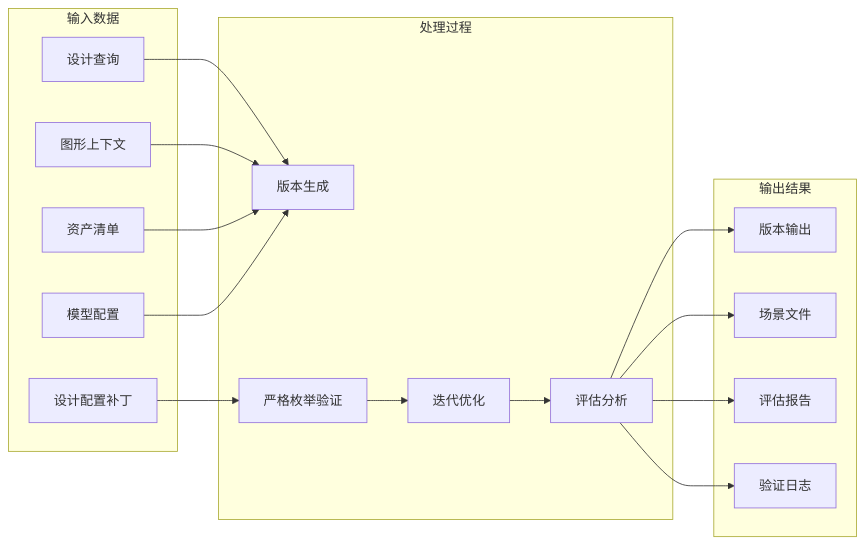
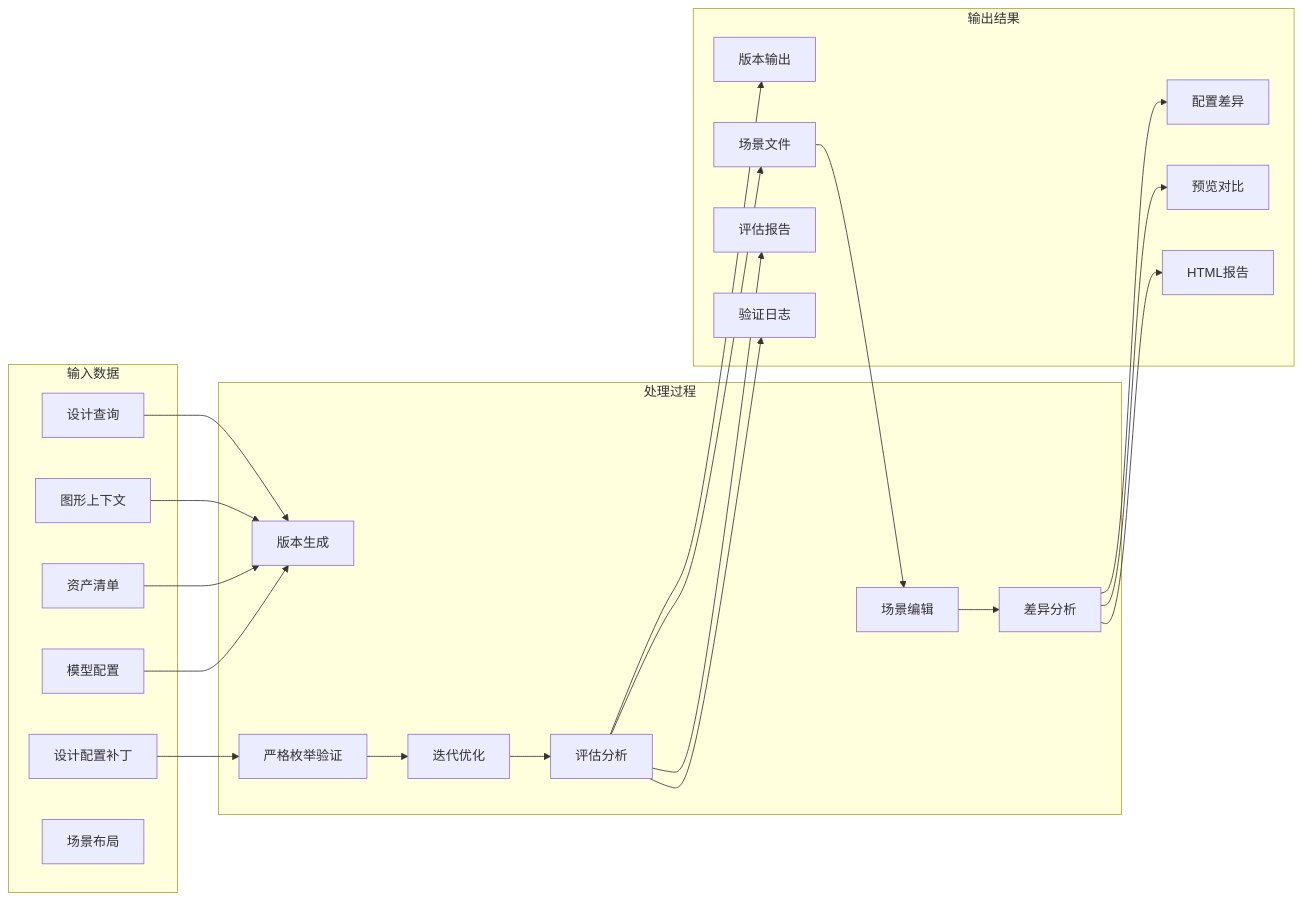
Before and after one commit to wsqstar/RoadGen3D: diagram 13 of 13 in .qoder/repowiki/zh/content/里程碑管道/自动场景生成流水线/多版本自动评估系统.md, drawn with Mermaid. The commit also changed other lines of this file and 6 other files, not shown here.

````diff
--- a/.qoder/repowiki/zh/content/里程碑管道/自动场景生成流水线/多版本自动评估系统.md
+++ b/.qoder/repowiki/zh/content/里程碑管道/自动场景生成流水线/多版本自动评估系统.md
@@ -273,33 +505,44 @@
 ```mermaid
 graph LR
 subgraph "输入数据"
 Q[设计查询]
 G[图形上下文]
 M[资产清单]
 C[模型配置]
 DP[设计配置补丁]
+SL[场景布局]
 end
 subgraph "处理过程"
 P1[版本生成]
 P2[严格枚举验证]
 P3[迭代优化]
 P4[评估分析]
+P5[场景编辑]
+P6[差异分析]
 end
 subgraph "输出结果"
 V[版本输出]
 S[场景文件]
 R[评估报告]
 VL[验证日志]
+CD[配置差异]
+PC[预览对比]
+HR[HTML报告]
 end
 Q --> P1
 G --> P1
 M --> P1
 C --> P1
 DP --> P2
 P2 --> P3
 P3 --> P4
 P4 --> V
 P4 --> S
 P4 --> R
 P4 --> VL
+S --> P5
+P5 --> P6
+P6 --> CD
+P6 --> PC
+P6 --> HR
 ```
````
